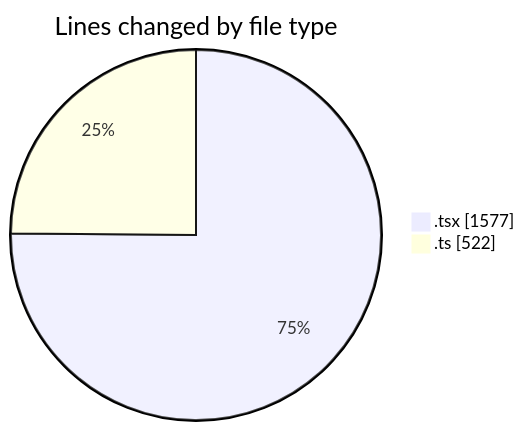
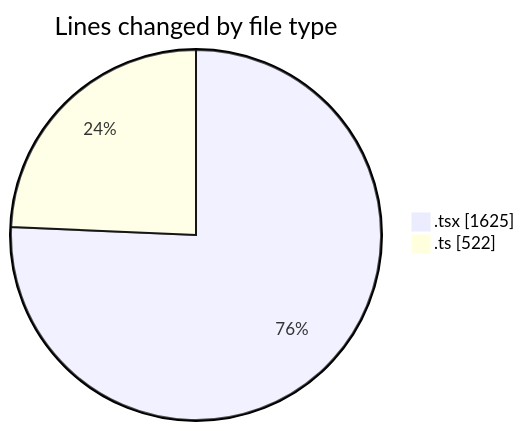
The first of 2 diagrams in 2026-04-03/nxtqube_webapp/README.md (nxtqubesakshisongat/code-tracking), drawn with Mermaid before and after one commit. The commit also changed other lines of this file and 1 other file, not shown here.

````diff
--- a/2026-04-03/nxtqube_webapp/README.md
+++ b/2026-04-03/nxtqube_webapp/README.md
@@ -22,6 +22,6 @@
 ```mermaid
 pie showData
 title Lines changed by file type
-".tsx" : 1577
+".tsx" : 1625
 ".ts" : 522
 ```
````
